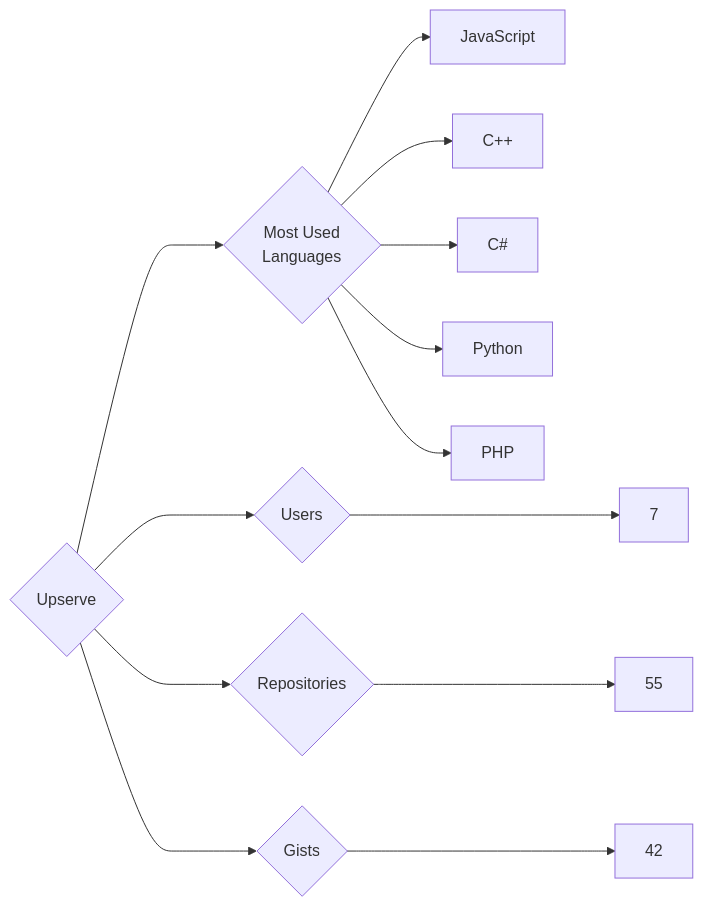
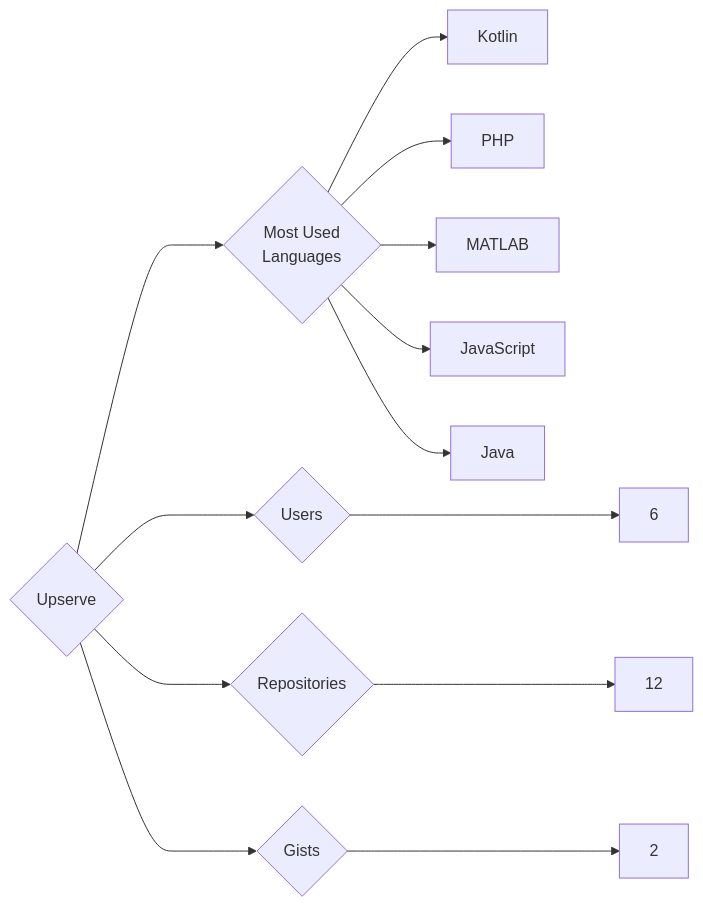
Before and after one commit to trickest/insiders: the diagram in targets/Upserve/README.md, drawn with Mermaid. The commit also changed 912 other files, not shown here.

````diff
--- a/targets/Upserve/README.md
+++ b/targets/Upserve/README.md
@@ -3,13 +3,13 @@
 ```mermaid
 graph LR
 COMPANY_NAME{Upserve}
-COMPANY_NAME ---> U{Users} ---> UN[7]
-COMPANY_NAME ---> R{Repositories} ---> RN[55]
-COMPANY_NAME ---> G{Gists} ---> GN[42]
+COMPANY_NAME ---> U{Users} ---> UN[6]
+COMPANY_NAME ---> R{Repositories} ---> RN[12]
+COMPANY_NAME ---> G{Gists} ---> GN[2]
 COMPANY_NAME ---> ML{Most Used<br>Languages}
+ML --> Kotlin[Kotlin]
+ML --> PHP[PHP]
+ML --> MATLAB[MATLAB]
 ML --> JavaScript[JavaScript]
-ML --> C++[C++]
-ML --> C#[C#]
-ML --> Python[Python]
-ML --> PHP[PHP]
+ML --> Java[Java]
 ```
````
